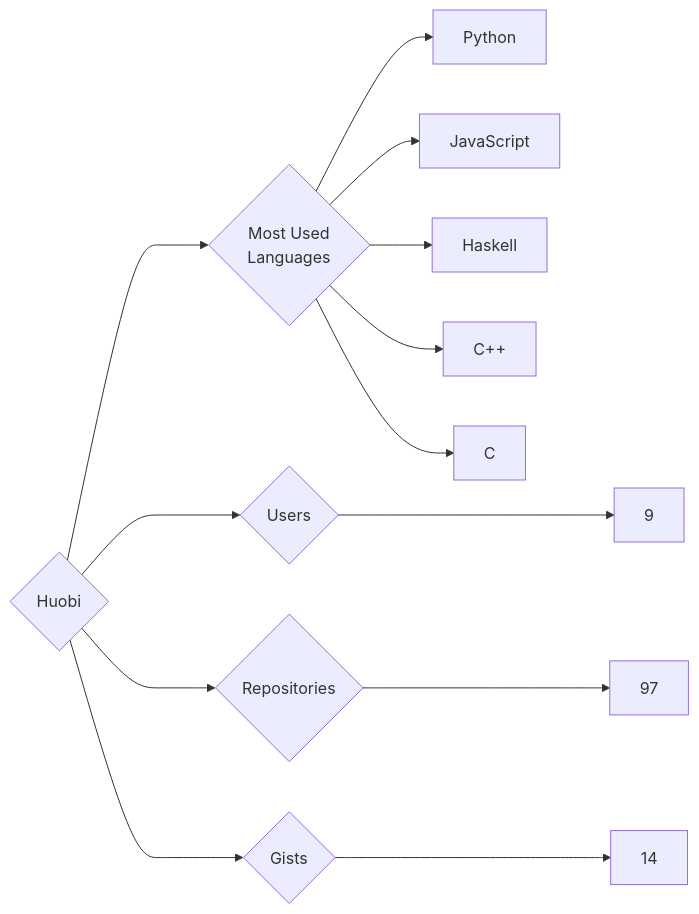
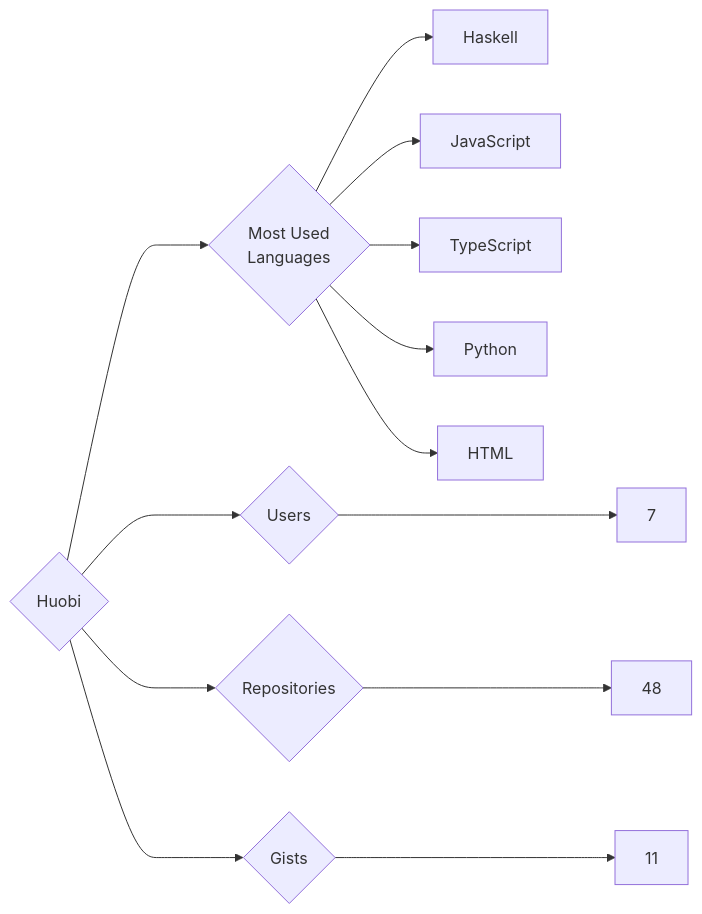
One commit to trickest/insiders changed the diagram in targets/Huobi/README.md. Above: the diagram before and after it, drawn with Mermaid. The commit also changed 1007 other files, not shown here.

````diff
--- a/targets/Huobi/README.md
+++ b/targets/Huobi/README.md
@@ -3,13 +3,13 @@
 ```mermaid
 graph LR
 COMPANY_NAME{Huobi}
-COMPANY_NAME ---> U{Users} ---> UN[9]
-COMPANY_NAME ---> R{Repositories} ---> RN[97]
-COMPANY_NAME ---> G{Gists} ---> GN[14]
+COMPANY_NAME ---> U{Users} ---> UN[7]
+COMPANY_NAME ---> R{Repositories} ---> RN[48]
+COMPANY_NAME ---> G{Gists} ---> GN[11]
 COMPANY_NAME ---> ML{Most Used<br>Languages}
+ML --> Haskell[Haskell]
+ML --> JavaScript[JavaScript]
+ML --> TypeScript[TypeScript]
 ML --> Python[Python]
-ML --> JavaScript[JavaScript]
-ML --> Haskell[Haskell]
-ML --> C++[C++]
-ML --> C[C]
+ML --> HTML[HTML]
 ```
````
